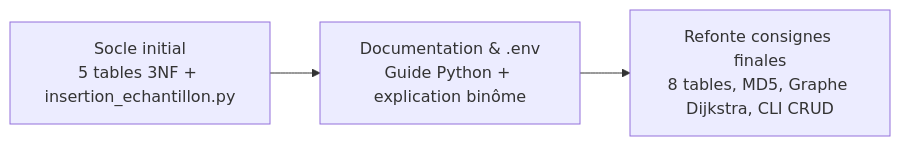
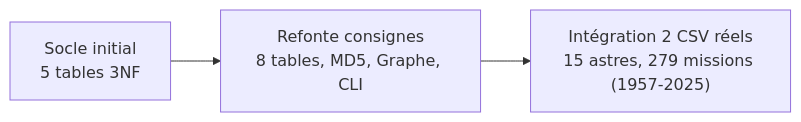
The diagram in docs/historique.md (GuillaumeWnt/devoirBDD), drawn with Mermaid before and after one commit. The commit also changed other lines of this file and 15 other files, not shown here.

First line of the commit message:
feat(data,bdd,cli): integrer les 2 bases csv reelles sans etendre le schema 8 tables

````diff
--- a/docs/historique.md
+++ b/docs/historique.md
@@ -3,5 +3,5 @@
 ```mermaid
 flowchart LR
-    S1["Socle initial<br/>5 tables 3NF + insertion_echantillon.py"] --> S2["Documentation & .env<br/>Guide Python + explication binôme"]
-    S2 --> S3["Refonte consignes finales<br/>8 tables, MD5, Graphe Dijkstra, CLI CRUD"]
+    S1["Socle initial<br/>5 tables 3NF"] --> S2["Refonte consignes<br/>8 tables, MD5, Graphe, CLI"]
+    S2 --> S3["Intégration 2 CSV réels<br/>15 astres, 279 missions (1957-2025)"]
 ```
````
